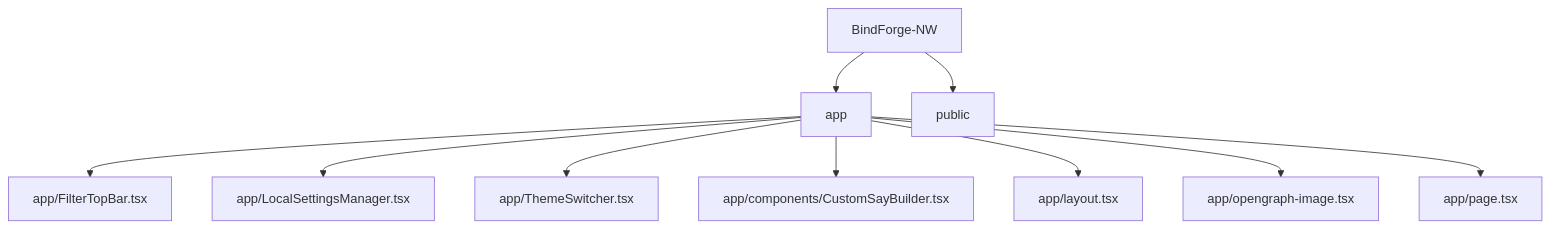
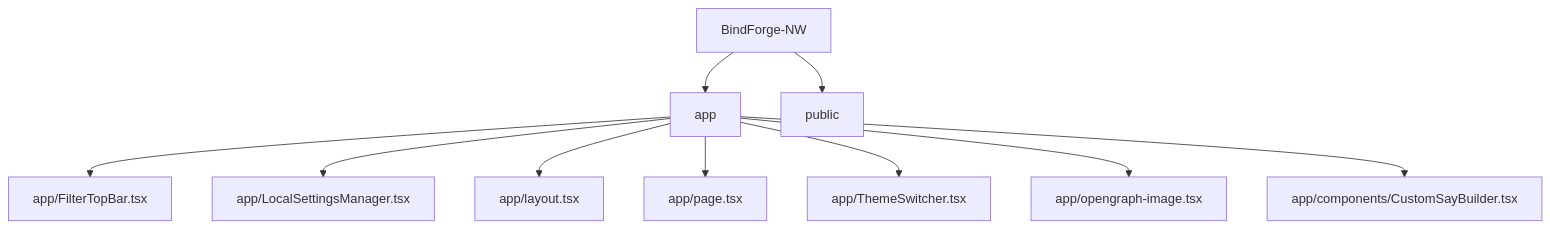
The second of 5 diagrams in README.md (Nischhalsubba/BindForge-NW), drawn with Mermaid before and after one commit. The commit also changed other lines of this file, not shown here.

````diff
--- a/README.md
+++ b/README.md
@@ -49,13 +83,13 @@
 ```mermaid
 flowchart TD
     APP["BindForge-NW"]
     APP --> R0["app"]
     APP --> R1["public"]
     R0 --> F0["app/FilterTopBar.tsx"]
     R0 --> F1["app/LocalSettingsManager.tsx"]
-    R0 --> F2["app/ThemeSwitcher.tsx"]
-    R0 --> F3["app/components/CustomSayBuilder.tsx"]
-    R0 --> F4["app/layout.tsx"]
+    R0 --> F2["app/layout.tsx"]
+    R0 --> F3["app/page.tsx"]
+    R0 --> F4["app/ThemeSwitcher.tsx"]
     R0 --> F5["app/opengraph-image.tsx"]
-    R0 --> F6["app/page.tsx"]
+    R0 --> F6["app/components/CustomSayBuilder.tsx"]
 ```
````
